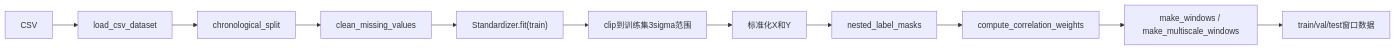
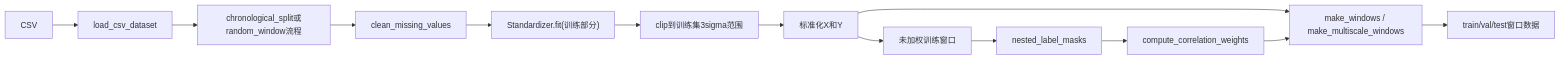
Before and after one commit to HT3301601278/DeepQuality: the second of 9 diagrams in 算法结构图与实现步骤.md, drawn with Mermaid. The commit also changed other lines of this file and 2 other files, not shown here.

````diff
--- a/算法结构图与实现步骤.md
+++ b/算法结构图与实现步骤.md
@@ -34,13 +35,15 @@
 ```mermaid
 flowchart LR
     A["CSV"] --> B["load_csv_dataset"]
-    B --> C["chronological_split"]
+    B --> C["chronological_split或random_window流程"]
     C --> D["clean_missing_values"]
-    D --> E["Standardizer.fit(train)"]
+    D --> E["Standardizer.fit(训练部分)"]
     E --> F["clip到训练集3sigma范围"]
     F --> G["标准化X和Y"]
-    G --> H["nested_label_masks"]
-    H --> I["compute_correlation_weights"]
-    I --> J["make_windows / make_multiscale_windows"]
-    J --> K["train/val/test窗口数据"]
+    G --> H["未加权训练窗口"]
+    H --> I["nested_label_masks"]
+    I --> J["compute_correlation_weights"]
+    G --> K["make_windows / make_multiscale_windows"]
+    J --> K
+    K --> L["train/val/test窗口数据"]
 ```
````
